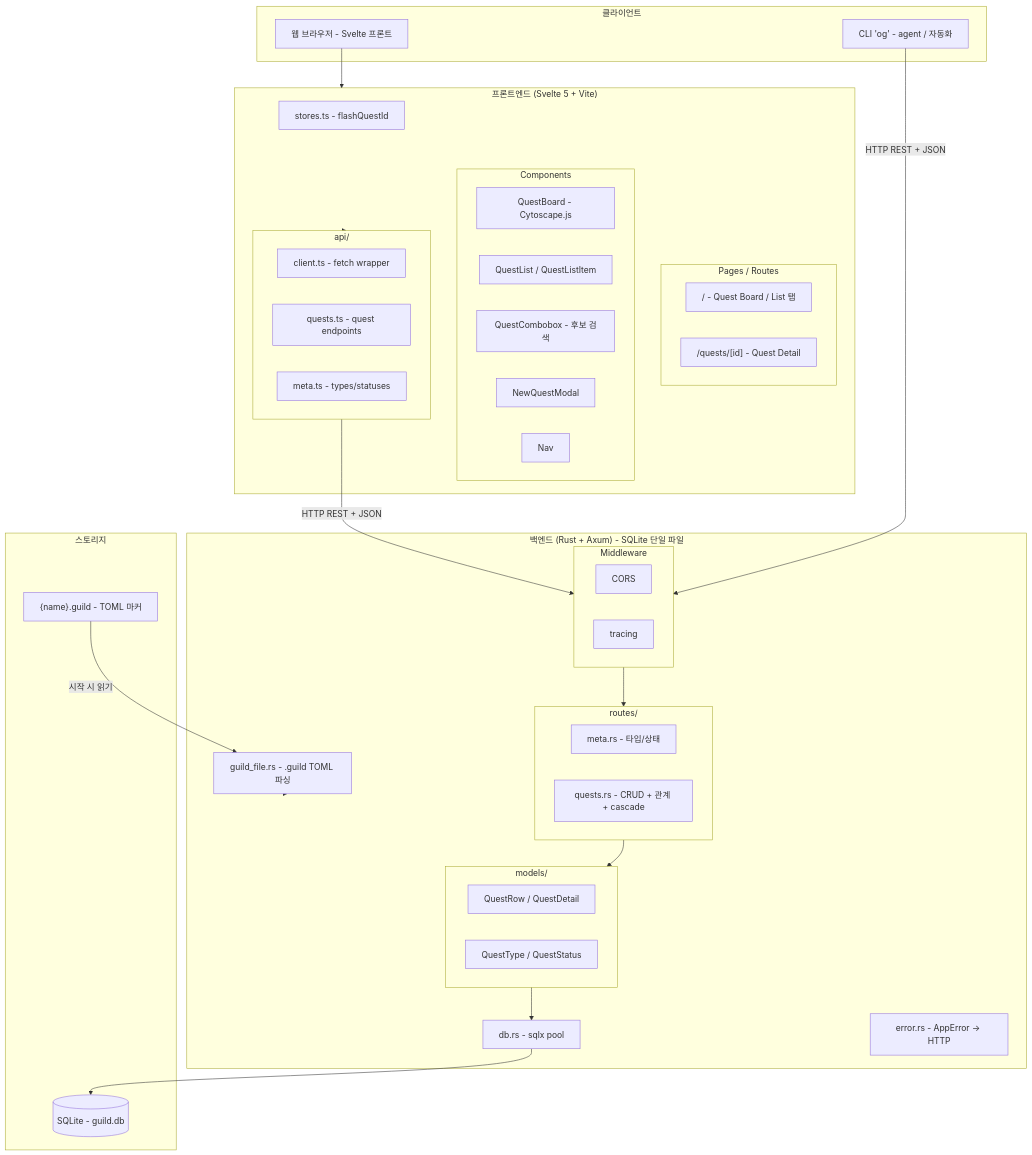
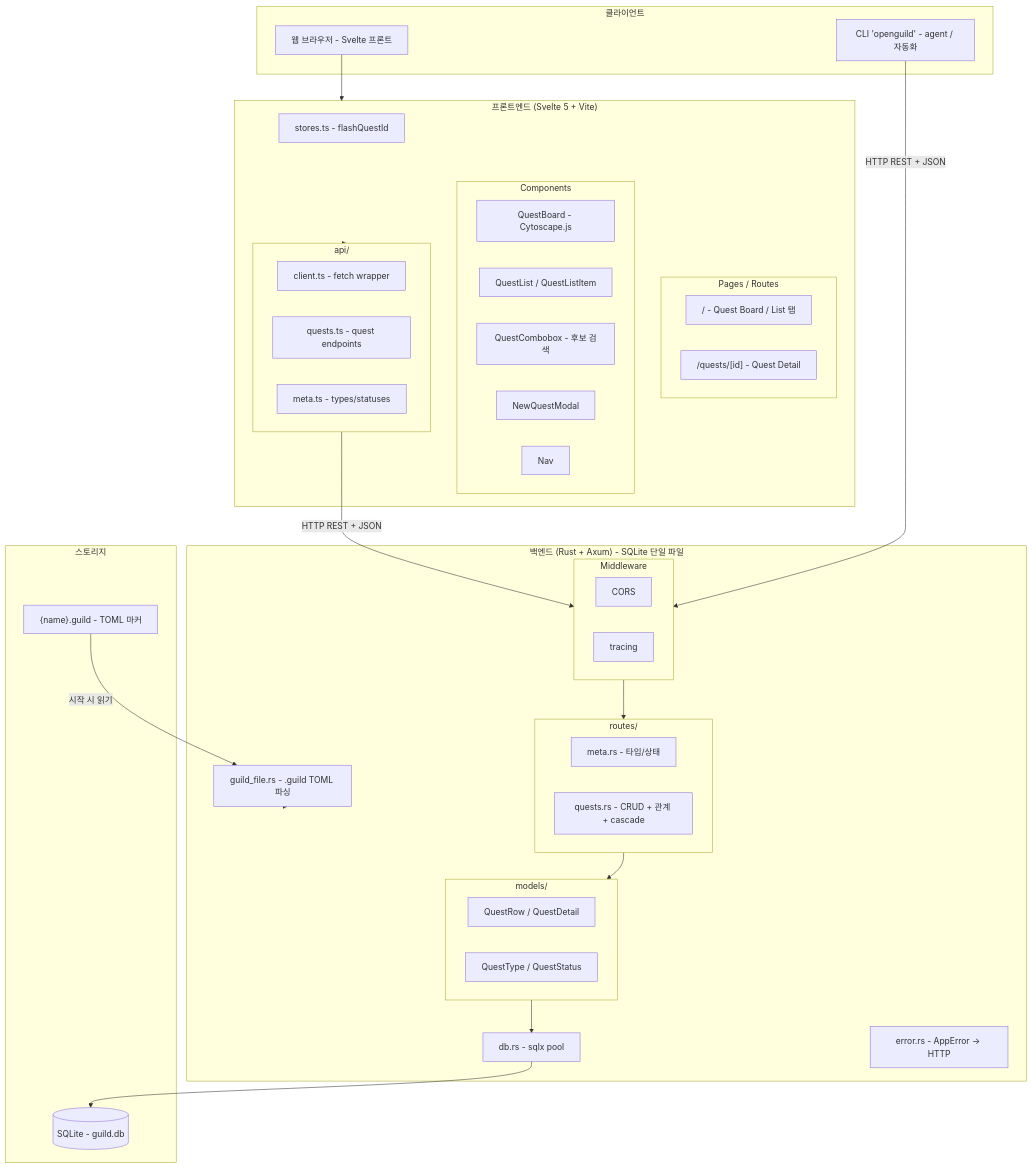
Before and after one commit to Jirung-E/openguild: the diagram in docs/architecture.md, drawn with Mermaid. The commit also changed other lines of this file and 82 other files, not shown here.

````diff
--- a/docs/architecture.md
+++ b/docs/architecture.md
@@ -5,61 +5,61 @@
 ```mermaid
 graph TB
     subgraph Clients["클라이언트"]
         WEB[웹 브라우저 - Svelte 프론트]
-        CLI[CLI 'og' - agent / 자동화]
+        CLI[CLI 'openguild' - agent / 자동화]
     end
 
     subgraph Frontend["프론트엔드 (Svelte 5 + Vite)"]
         subgraph Pages["Pages / Routes"]
             P1["/  - Quest Board / List 탭"]
             P2["/quests/[id] - Quest Detail"]
         end
         subgraph Components["Components"]
             C1[QuestBoard - Cytoscape.js]
             C2[QuestList / QuestListItem]
             C3[QuestCombobox - 후보 검색]
             C4[NewQuestModal]
             C5[Nav]
         end
         subgraph ApiLayer["api/"]
             A1[client.ts - fetch wrapper]
             A2[quests.ts - quest endpoints]
             A3[meta.ts - types/statuses]
         end
         STORES[stores.ts - flashQuestId]
     end
 
     subgraph Backend["백엔드 (Rust + Axum) - SQLite 단일 파일"]
         subgraph Middleware["Middleware"]
             MW1[CORS]
             MW2[tracing]
         end
         subgraph Routes["routes/"]
             R1[meta.rs - 타입/상태]
             R2["quests.rs - CRUD + 관계 + cascade"]
         end
         subgraph Models["models/"]
             M1[QuestRow / QuestDetail]
             M2[QuestType / QuestStatus]
         end
         DB_LAYER[db.rs - sqlx pool]
         GUILD[guild_file.rs - .guild TOML 파싱]
         ERR[error.rs - AppError → HTTP]
     end
 
     subgraph Storage["스토리지"]
         DB[(SQLite - guild.db)]
         GF["{name}.guild - TOML 마커"]
     end
 
     WEB --> Frontend
     Frontend --> ApiLayer
     ApiLayer -->|HTTP REST + JSON| Middleware
     CLI -->|HTTP REST + JSON| Middleware
     Middleware --> Routes
     Routes --> Models
     Models --> DB_LAYER
     DB_LAYER --> DB
     GF -->|시작 시 읽기| GUILD
     GUILD --> Backend
 ```
````
